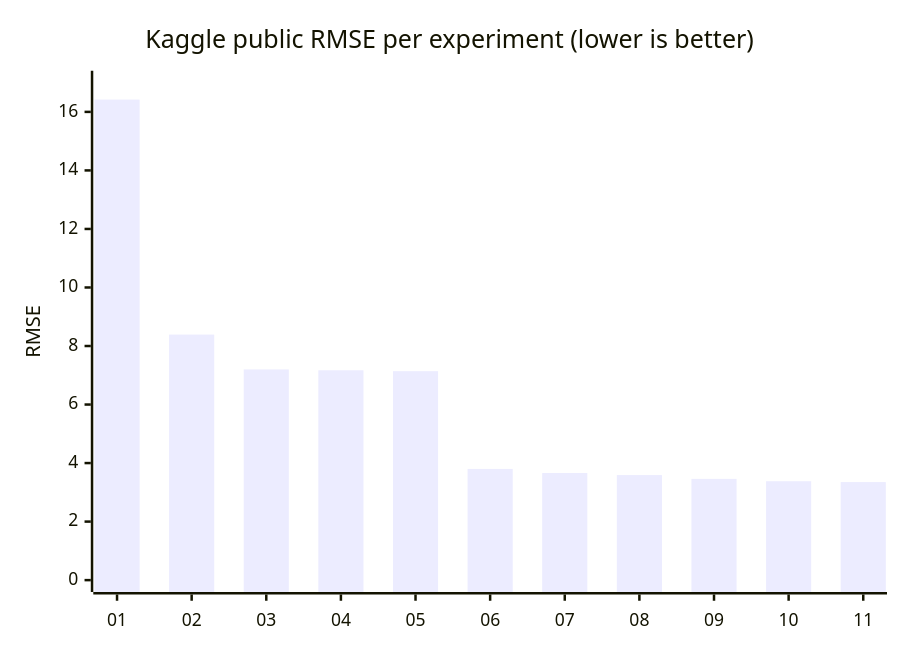
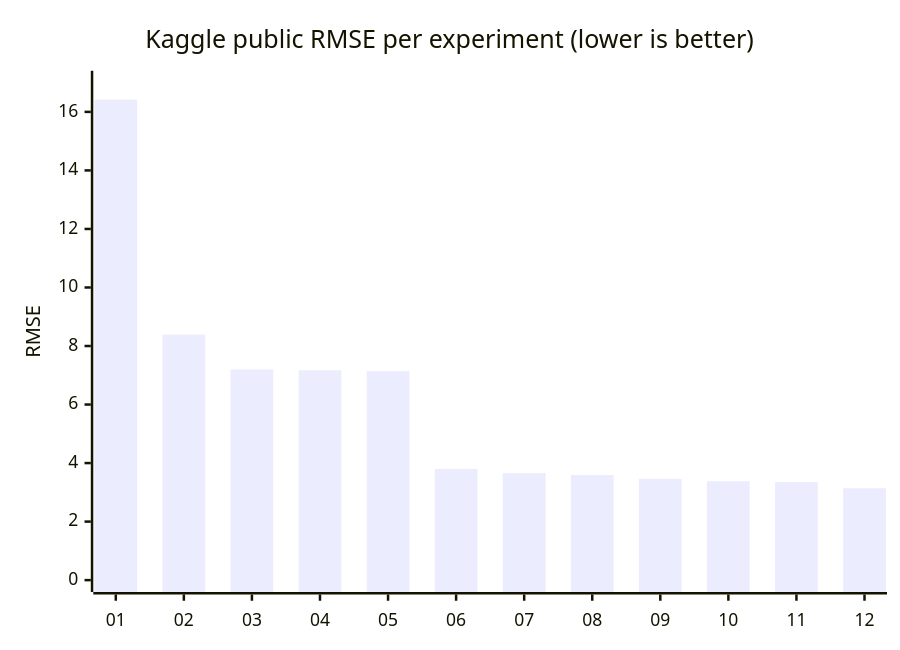
Before and after one commit to MadeleineAhmed/IBMHackathonGroup1: the first of 2 diagrams in METHODOLOGY.md, drawn with Mermaid. The commit also changed other lines of this file and 2 other files, not shown here.

````diff
--- a/METHODOLOGY.md
+++ b/METHODOLOGY.md
@@ -82,7 +83,7 @@
 ```mermaid
 xychart-beta
     title "Kaggle public RMSE per experiment (lower is better)"
-    x-axis ["01", "02", "03", "04", "05", "06", "07", "08", "09", "10", "11"]
+    x-axis ["01", "02", "03", "04", "05", "06", "07", "08", "09", "10", "11", "12"]
     y-axis "RMSE" 0 --> 17
-    bar [16.42, 8.39, 7.20, 7.17, 7.14, 3.80, 3.66, 3.59, 3.46, 3.38, 3.35]
+    bar [16.42, 8.39, 7.20, 7.17, 7.14, 3.80, 3.66, 3.59, 3.46, 3.38, 3.35, 3.14]
 ```
````
